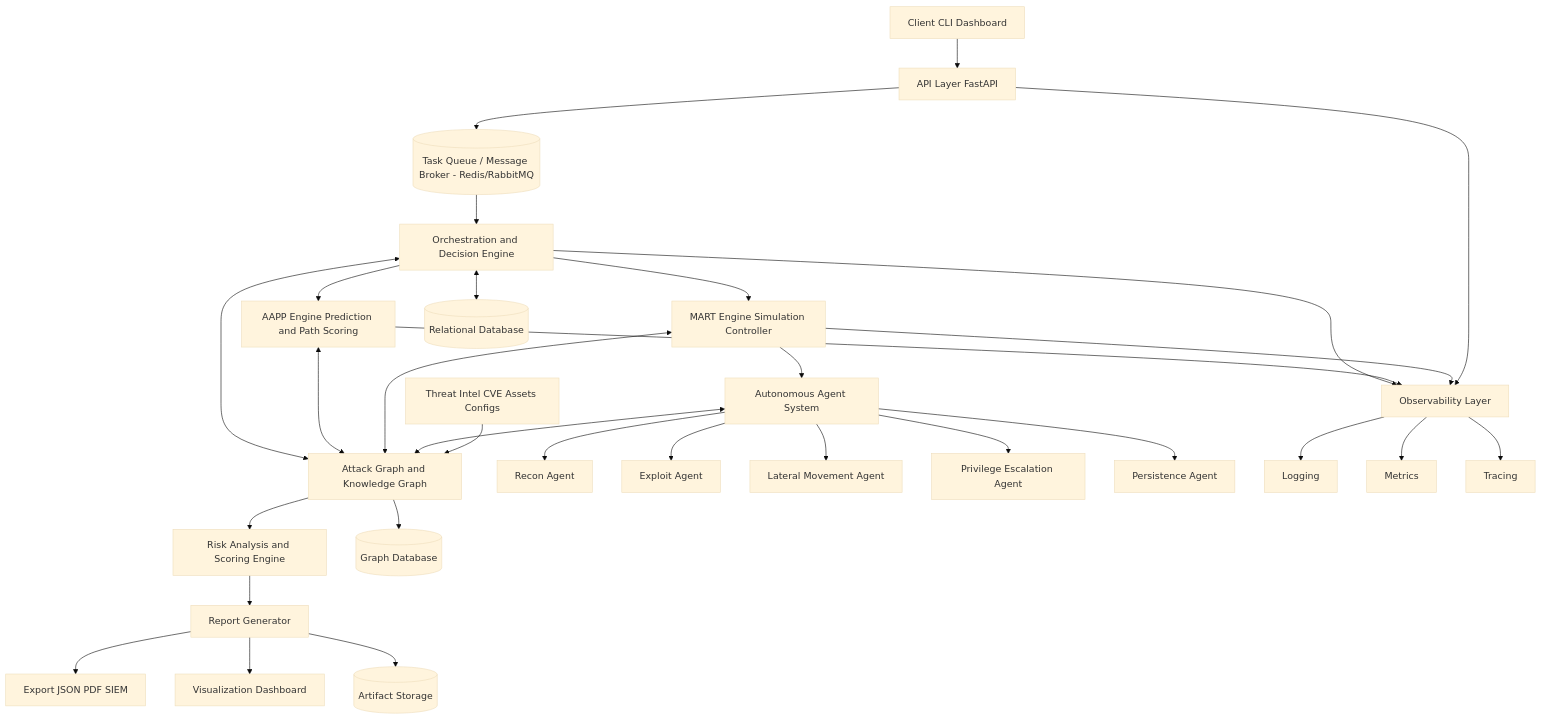
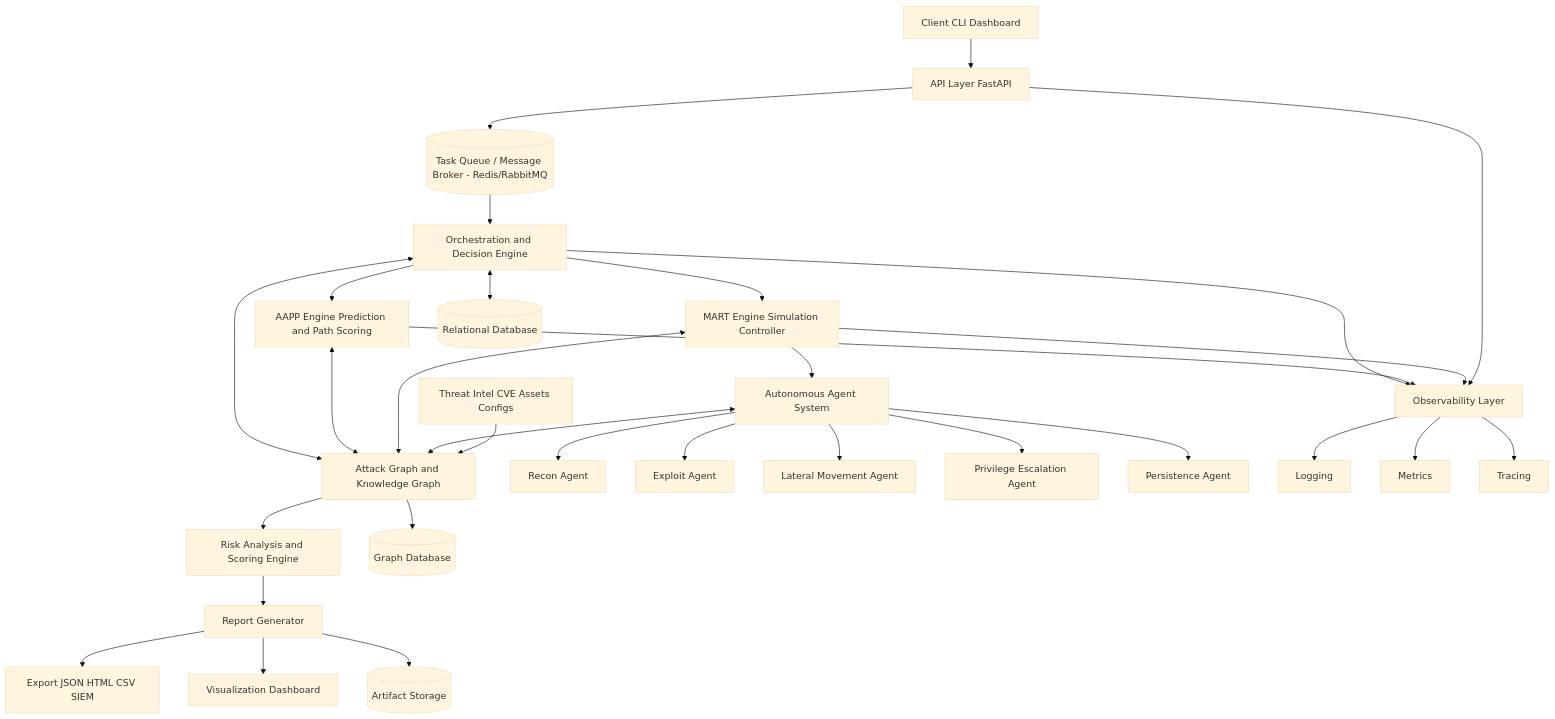
The diagram in docs/architecture/architecture-diagram.md (secwexen/aapp-mart), drawn with Mermaid (base theme) before and after one commit.

````diff
--- a/docs/architecture/architecture-diagram.md
+++ b/docs/architecture/architecture-diagram.md
@@ -5,46 +5,46 @@
 ```mermaid
 flowchart TD
 
     Client[Client CLI Dashboard] --> API[API Layer FastAPI]
 
     API --> Queue[(Task Queue / Message Broker - Redis/RabbitMQ)]
     Queue --> Orchestrator[Orchestration and Decision Engine]
 
     Orchestrator <--> Graph[Attack Graph and Knowledge Graph]
 
     Orchestrator --> AAPP[AAPP Engine Prediction and Path Scoring]
     AAPP <--> Graph
 
     Orchestrator --> MART[MART Engine Simulation Controller]
     MART --> Agents[Autonomous Agent System]
     MART <--> Graph
 
     Agents --> Recon[Recon Agent]
     Agents --> Exploit[Exploit Agent]
     Agents --> Lateral[Lateral Movement Agent]
     Agents --> PrivEsc[Privilege Escalation Agent]
     Agents --> Persistence[Persistence Agent]
 
     Agents <--> Graph
 
     Graph --> Risk[Risk Analysis and Scoring Engine]
     Risk --> Reports[Report Generator]
 
-    Reports --> Export[Export JSON PDF SIEM]
+    Reports --> Export[Export JSON HTML CSV SIEM]
     Reports --> Visualization[Visualization Dashboard]
 
     External[Threat Intel CVE Assets Configs] --> Graph
 
     Graph --> GraphDB[(Graph Database)]
     Orchestrator <--> DB[(Relational Database)]
     Reports --> Storage[(Artifact Storage)]
 
     Orchestrator --> Obs[Observability Layer]
     AAPP --> Obs
     MART --> Obs
     API --> Obs
 
     Obs --> Logs[Logging]
     Obs --> Metrics[Metrics]
     Obs --> Tracing[Tracing]
 ```
````
